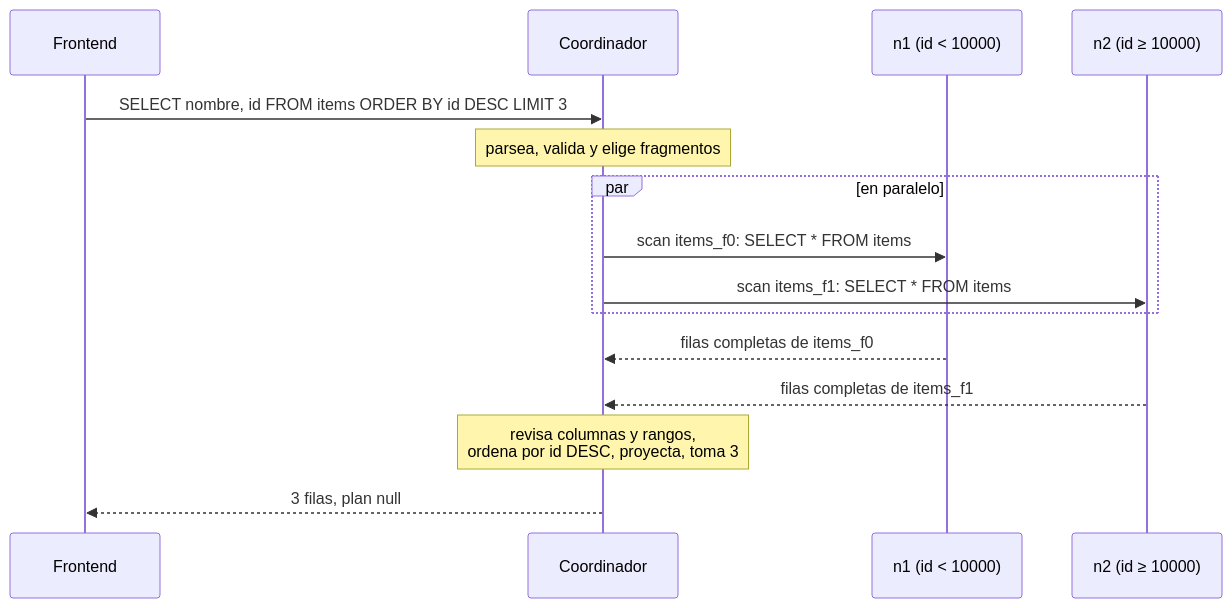
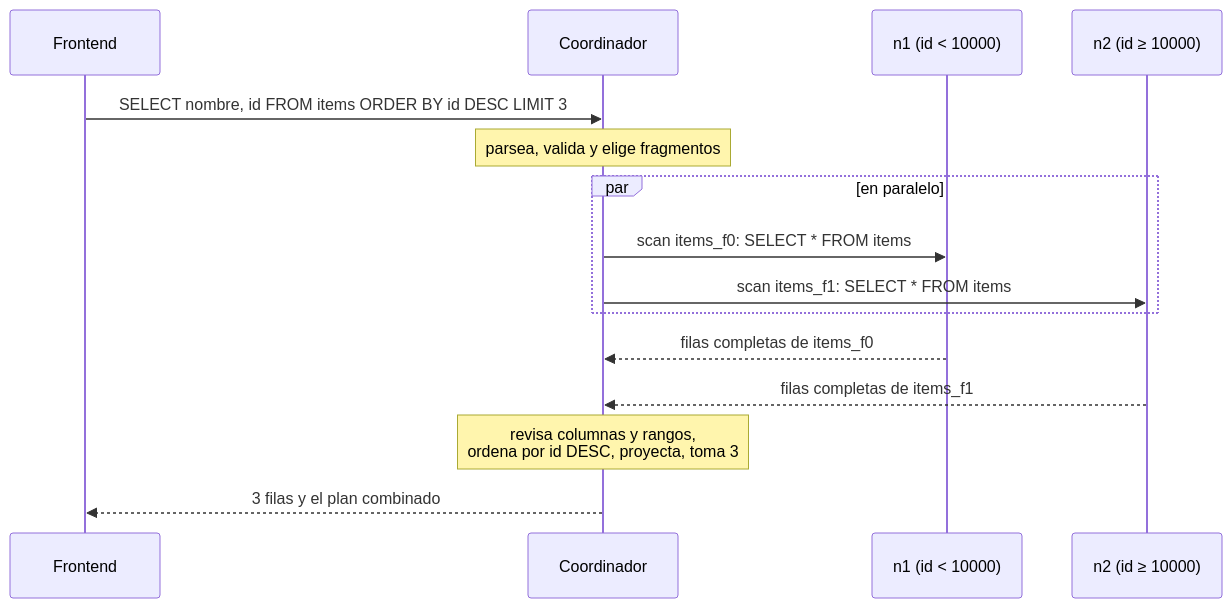
One commit to oswaldoaqm/quipudb changed the second of 2 diagrams in docs/integracion-distribuida.md. Above: the diagram before and after it, drawn with Mermaid. The commit also changed other lines of this file and 3 other files, not shown here.

````diff
--- a/docs/integracion-distribuida.md
+++ b/docs/integracion-distribuida.md
@@ -38,17 +38,17 @@
 ```mermaid
 sequenceDiagram
     participant F as Frontend
     participant C as Coordinador
     participant N1 as n1 (id < 10000)
     participant N2 as n2 (id ≥ 10000)
     F->>C: SELECT nombre, id FROM items ORDER BY id DESC LIMIT 3
     Note over C: parsea, valida y elige fragmentos
     par en paralelo
         C->>N1: scan items_f0: SELECT * FROM items;
         C->>N2: scan items_f1: SELECT * FROM items;
     end
     N1-->>C: filas completas de items_f0
     N2-->>C: filas completas de items_f1
     Note over C: revisa columnas y rangos,<br/>ordena por id DESC, proyecta, toma 3
-    C-->>F: 3 filas, plan null
+    C-->>F: 3 filas y el plan combinado
 ```
````
